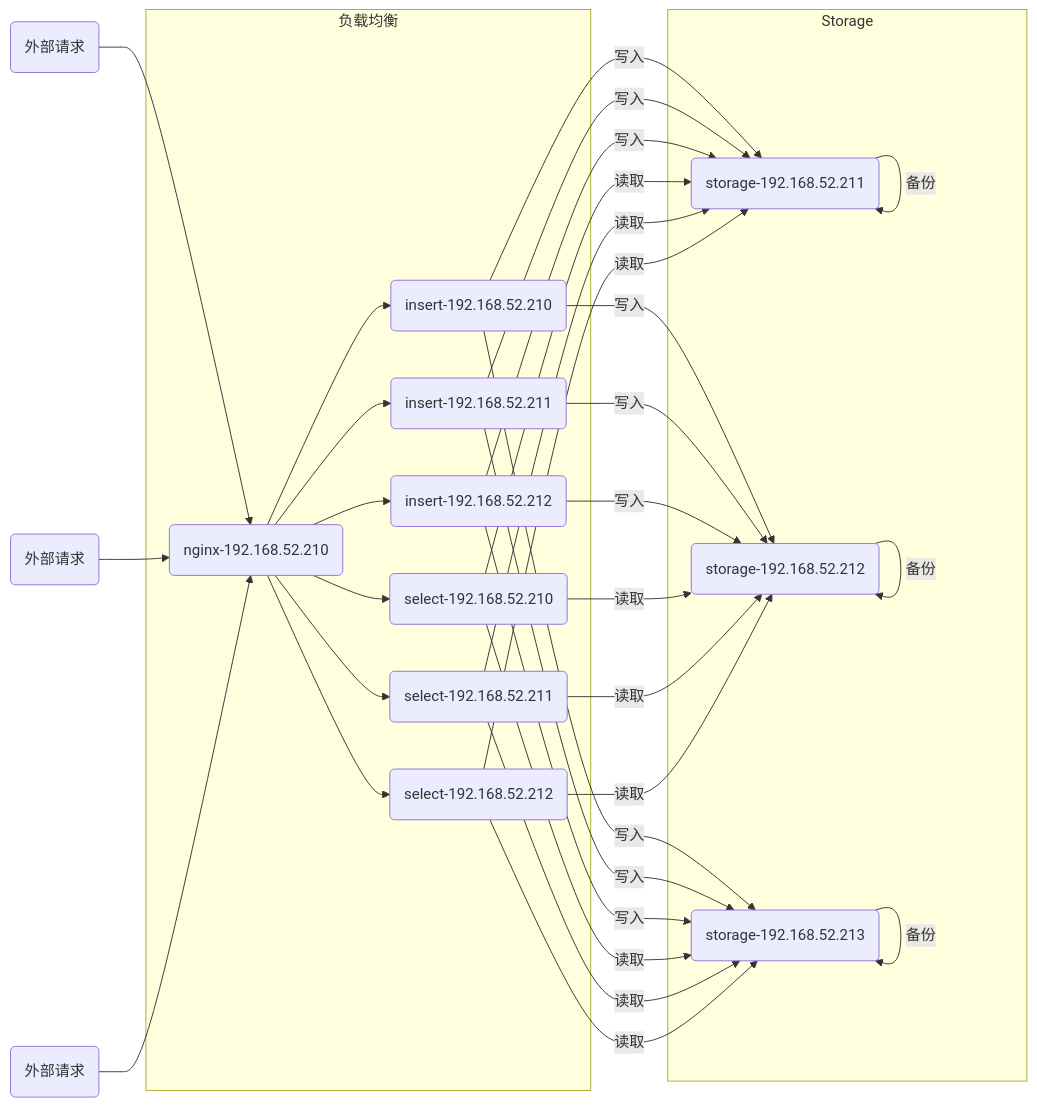
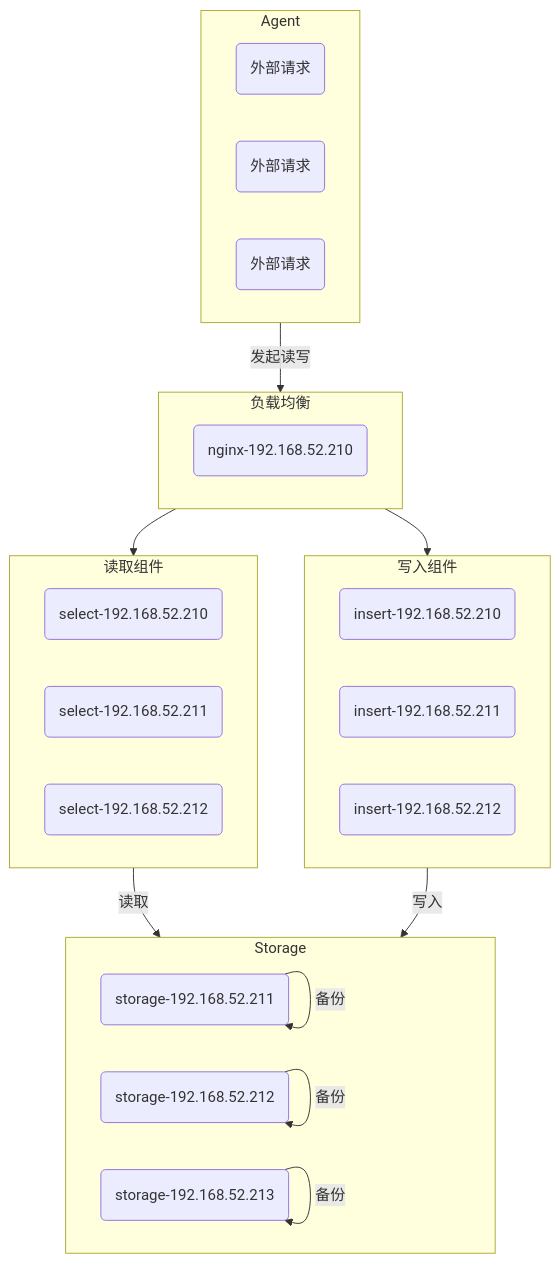
Before and after one commit to fgp1990/notebook: the diagram in 第三方开源组件/VictoriaMetric/实际使用.md, drawn with Mermaid. The commit also changed other lines of this file and 8 other files, not shown here.

````diff
--- a/第三方开源组件/VictoriaMetric/实际使用.md
+++ b/第三方开源组件/VictoriaMetric/实际使用.md
@@ -1,40 +3,31 @@
 ```mermaid
-graph LR;
-
-A1(外部请求)-->B
-A2(外部请求)-->B
-A3(外部请求)-->B
-subgraph 负载均衡
-B(nginx-192.168.52.210)-->C1(insert-192.168.52.210)
-B(nginx-192.168.52.210)-->C2(insert-192.168.52.211)
-B(nginx-192.168.52.210)-->C3(insert-192.168.52.212)
-B-->D1(select-192.168.52.210)
-B-->D2(select-192.168.52.211)
-B-->D3(select-192.168.52.212)
+flowchart TD
+subgraph sg_agent [Agent]
+A1(外部请求)
+A2(外部请求)
+A3(外部请求)
 end
-
-subgraph Storage
-C1--写入-->E1(storage-192.168.52.211)
-C1--写入-->E2(storage-192.168.52.212)
-C1--写入-->E3(storage-192.168.52.213)
-C2--写入-->E1(storage-192.168.52.211)
-C2--写入-->E2(storage-192.168.52.212)
-C2--写入-->E3(storage-192.168.52.213)
-C3--写入-->E1(storage-192.168.52.211)
-C3--写入-->E2(storage-192.168.52.212)
-C3--写入-->E3(storage-192.168.52.213)
-D1--读取-->E1(storage-192.168.52.211)
-D1--读取-->E2(storage-192.168.52.212)
-D1--读取-->E3(storage-192.168.52.213)
-D2--读取-->E1(storage-192.168.52.211)
-D2--读取-->E2(storage-192.168.52.212)
-D2--读取-->E3(storage-192.168.52.213)
-D3--读取-->E1(storage-192.168.52.211)
-D3--读取-->E2(storage-192.168.52.212)
-D3--读取-->E3(storage-192.168.52.213)
+subgraph sg_nginx [负载均衡]
+B(nginx-192.168.52.210)
+end
+subgraph sg_write [写入组件]
+C1(insert-192.168.52.210)
+C2(insert-192.168.52.211)
+C3(insert-192.168.52.212)
+end
+subgraph sg_read [读取组件]
+D1(select-192.168.52.210)
+D2(select-192.168.52.211)
+D3(select-192.168.52.212)
+end
+subgraph sg_storage [Storage]
+E1(storage-192.168.52.211)
+E2(storage-192.168.52.212)
+E3(storage-192.168.52.213)
+end
+sg_agent--发起读写-->sg_nginx-->sg_read--读取-->sg_storage
+sg_nginx-->sg_write--写入-->sg_storage
 E1--备份-->E1
 E2--备份-->E2
 E3--备份-->E3
-end
-
 ```
````
